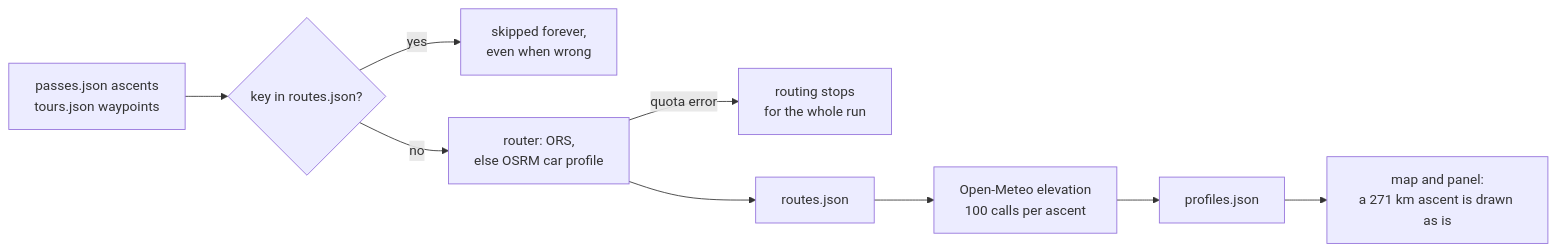
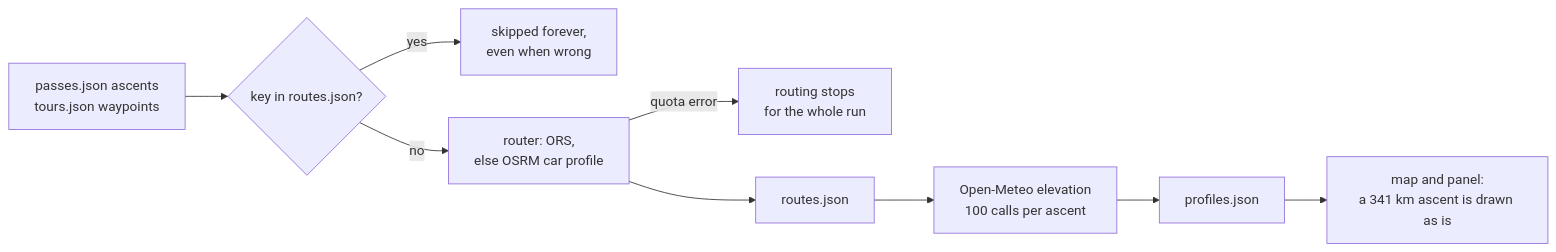
One commit to mdugue/alpen changed the first of 2 diagrams in docs/plans/00-route-quality-gate.md. Above: the diagram before and after it, drawn with Mermaid. The commit also changed other lines of this file and 26 other files, not shown here.

````diff
--- a/docs/plans/00-route-quality-gate.md
+++ b/docs/plans/00-route-quality-gate.md
@@ -40,11 +71,11 @@
 ```mermaid
 flowchart LR
   A["passes.json ascents<br/>tours.json waypoints"] --> B{"key in routes.json?"}
   B -- "yes" --> Z["skipped forever,<br/>even when wrong"]
   B -- "no" --> C["router: ORS,<br/>else OSRM car profile"]
   C -- "quota error" --> Q["routing stops<br/>for the whole run"]
   C --> D["routes.json"]
   D --> E["Open-Meteo elevation<br/>100 calls per ascent"]
   E --> F["profiles.json"]
-  F --> G["map and panel:<br/>a 271 km ascent is drawn as is"]
+  F --> G["map and panel:<br/>a 341 km ascent is drawn as is"]
 ```
````
